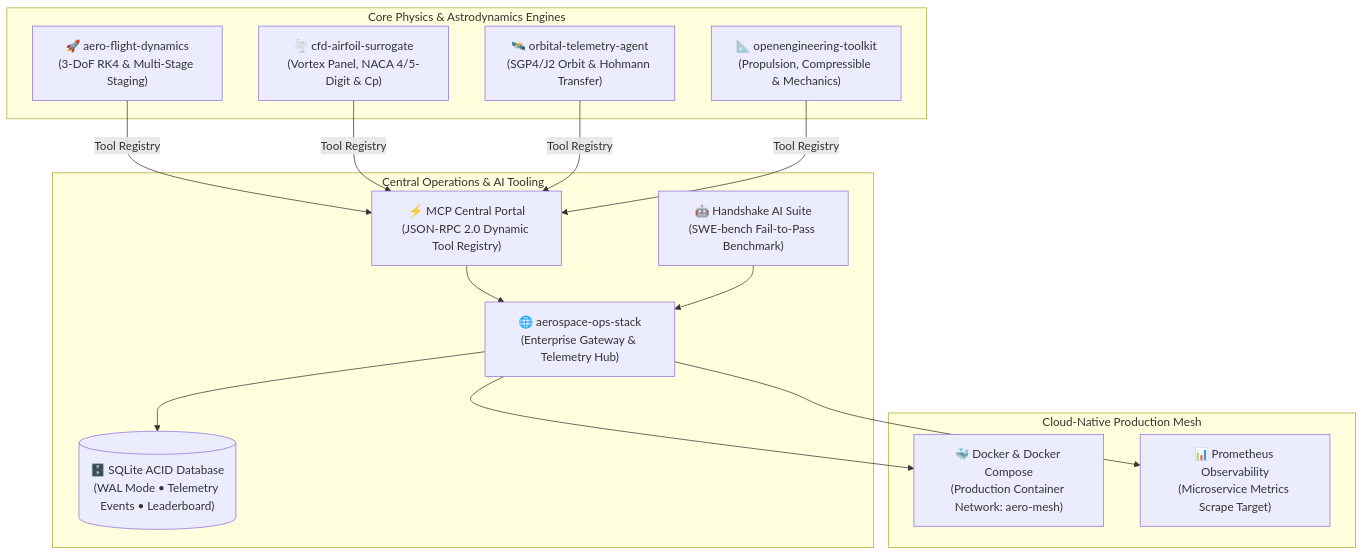
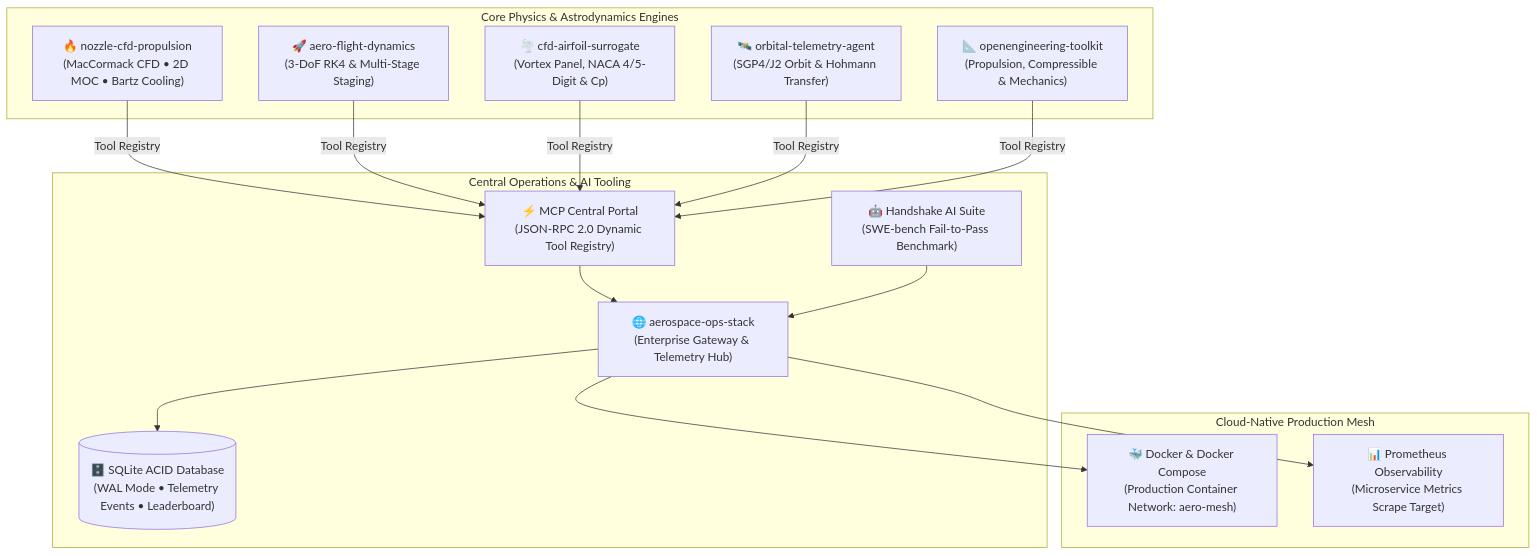
The diagram in README.md (perfectalone375/perfectalone375), drawn with Mermaid before and after one commit. The commit also changed other lines of this file, not shown here.

Commit message:
docs: showcase nozzle-cfd-propulsion v0.1.0 (Python, MATLAB/Octave, C++17) & aerospace-ops-stack v0.3.0

````diff
--- a/README.md
+++ b/README.md
@@ -41,31 +43,33 @@
 ```mermaid
 graph TD
     subgraph Core Physics & Astrodynamics Engines
+        CFD_NOZ["🔥 nozzle-cfd-propulsion<br/>(MacCormack CFD • 2D MOC • Bartz Cooling)"]
         AFD["🚀 aero-flight-dynamics<br/>(3-DoF RK4 & Multi-Stage Staging)"]
         CFD["🌪️ cfd-airfoil-surrogate<br/>(Vortex Panel, NACA 4/5-Digit & Cp)"]
         OTA["🛰️ orbital-telemetry-agent<br/>(SGP4/J2 Orbit & Hohmann Transfer)"]
         OET["📐 openengineering-toolkit<br/>(Propulsion, Compressible & Mechanics)"]
     end
 
     subgraph Central Operations & AI Tooling
         OPS["🌐 aerospace-ops-stack<br/>(Enterprise Gateway & Telemetry Hub)"]
         MCP["⚡ MCP Central Portal<br/>(JSON-RPC 2.0 Dynamic Tool Registry)"]
         HAI["🤖 Handshake AI Suite<br/>(SWE-bench Fail-to-Pass Benchmark)"]
         DB[("🗄️ SQLite ACID Database<br/>(WAL Mode • Telemetry Events • Leaderboard)")]
     end
 
     subgraph Cloud-Native Production Mesh
         DOCKER["🐳 Docker & Docker Compose<br/>(Production Container Network: aero-mesh)"]
         PROM["📊 Prometheus Observability<br/>(Microservice Metrics Scrape Target)"]
     end
 
+    CFD_NOZ -->|Tool Registry| MCP
     AFD -->|Tool Registry| MCP
     CFD -->|Tool Registry| MCP
     OTA -->|Tool Registry| MCP
     OET -->|Tool Registry| MCP
     MCP --> OPS
     HAI --> OPS
     OPS --> DB
     OPS --> DOCKER
     OPS --> PROM
 ```
````
